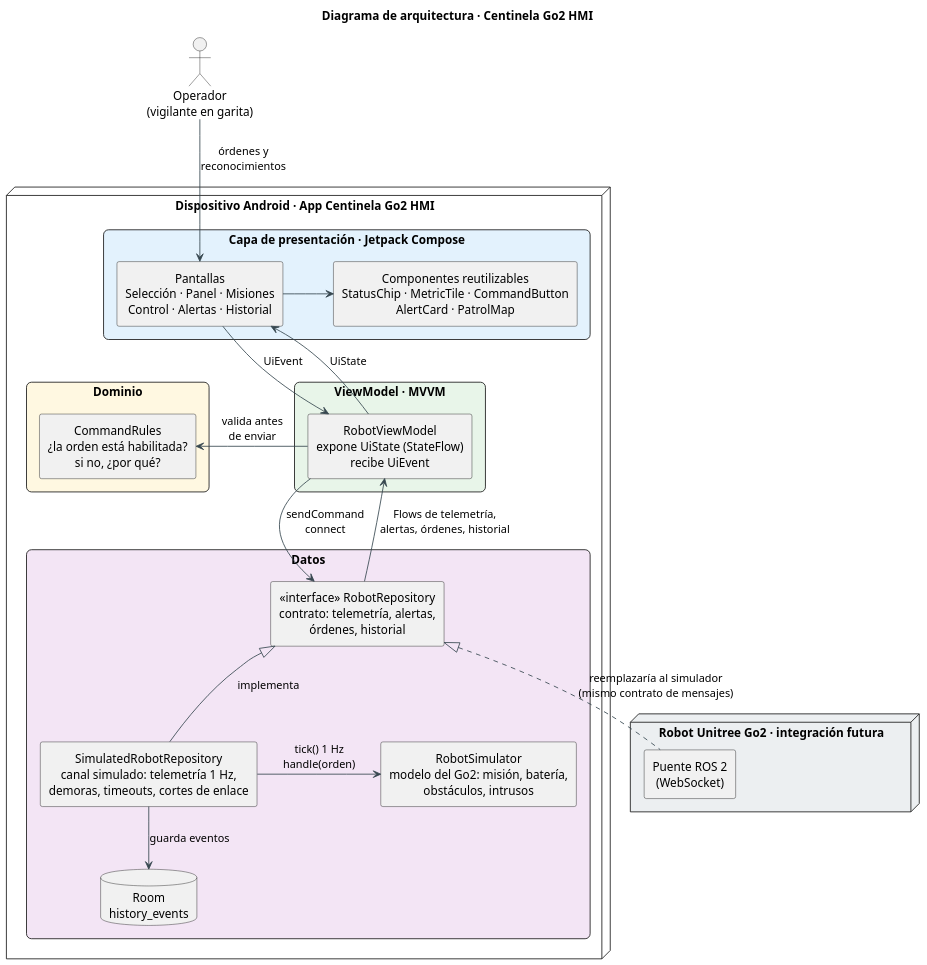
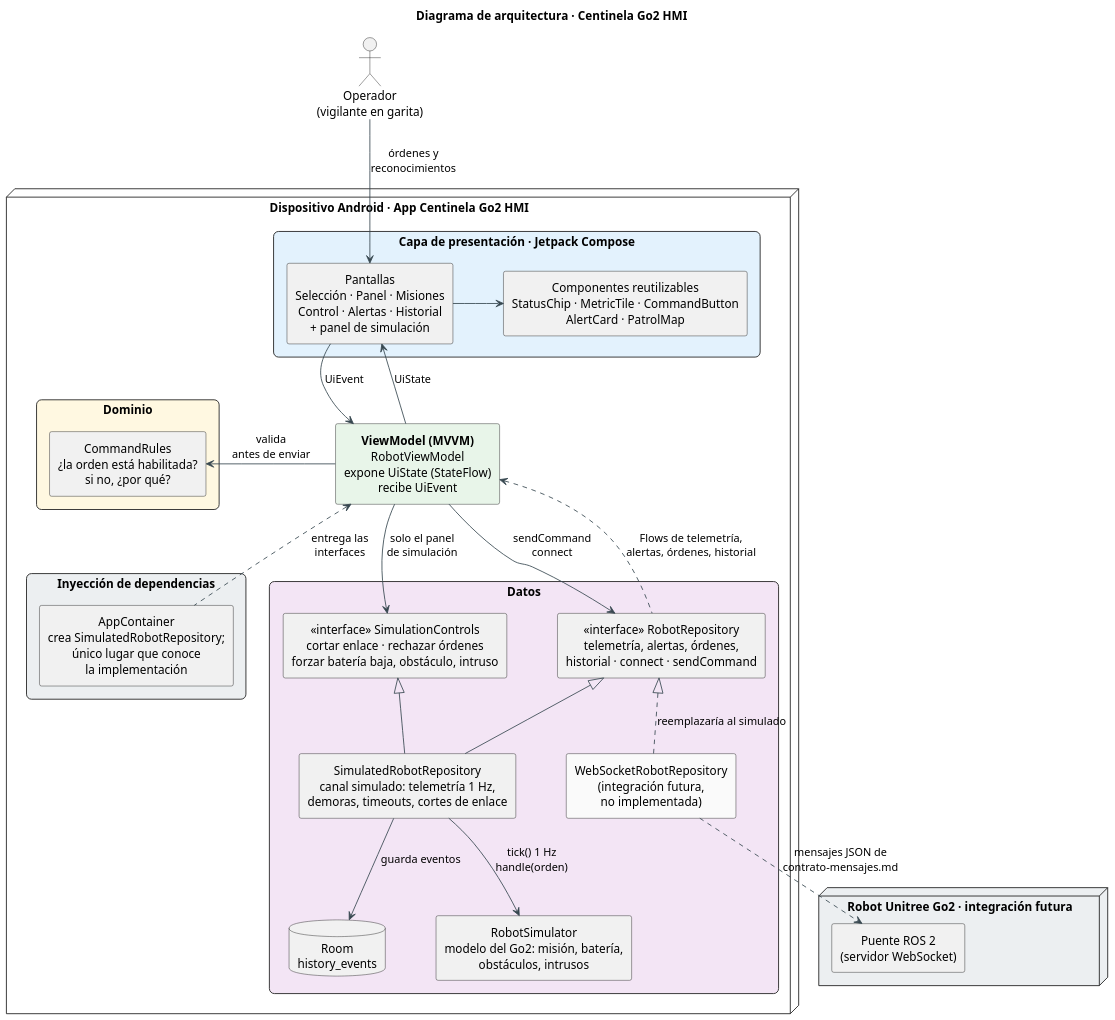
The diagram in docs/diagrama-arquitectura.puml (fieldcheck-uade/robot-hmi-app), drawn with PlantUML before and after one commit. The commit also changed 1 other file, not shown here.

Commit message:
docs(arquitectura): completar el diagrama y corregir la integración futura
- Agrega la interfaz SimulationControls, que el ViewModel usa solo para
  el panel de simulación (decisión 11).
- Agrega AppContainer como el único lugar que conoce la implementación.
- La integración futura es una clase de la app (WebSocketRobotRepository)
  que implementa RobotRepository y habla con el puente ROS 2 del Go2;
  antes el diagrama mostraba al puente implementando la interfaz.
- Reacomoda el layout para que no haya flechas cruzadas ni títulos tapados.

```diff
--- a/docs/diagrama-arquitectura.puml
+++ b/docs/diagrama-arquitectura.puml
@@ -1,56 +1,67 @@
 @startuml diagrama-arquitectura
 skinparam dpi 120
 skinparam shadowing false
 skinparam componentStyle rectangle
 skinparam defaultTextAlignment center
 skinparam ArrowColor #37474F
 skinparam nodesep 60
-skinparam ranksep 55
+skinparam ranksep 60
 skinparam rectangle {
   RoundCorner 12
 }
 
 title Diagrama de arquitectura · Centinela Go2 HMI
 
 actor "Operador\n(vigilante en garita)" as operador
 
 node "Dispositivo Android · App Centinela Go2 HMI" as tablet {
 
   rectangle "Capa de presentación · Jetpack Compose" as ui #E3F2FD {
-    component "Pantallas\nSelección · Panel · Misiones\nControl · Alertas · Historial" as pantallas
+    component "Pantallas\nSelección · Panel · Misiones\nControl · Alertas · Historial\n+ panel de simulación" as pantallas
     component "Componentes reutilizables\nStatusChip · MetricTile · CommandButton\nAlertCard · PatrolMap" as componentes
   }
 
-  rectangle "ViewModel · MVVM" as vmLayer #E8F5E9 {
-    component "RobotViewModel\nexpone UiState (StateFlow)\nrecibe UiEvent" as vm
-  }
+  component "**ViewModel (MVVM)**\nRobotViewModel\nexpone UiState (StateFlow)\nrecibe UiEvent" as vm #E8F5E9
 
   rectangle "Dominio" as domain #FFF8E1 {
     component "CommandRules\n¿la orden está habilitada?\nsi no, ¿por qué?" as rules
   }
 
+  rectangle "Inyección de dependencias" as di #ECEFF1 {
+    component "AppContainer\ncrea SimulatedRobotRepository;\núnico lugar que conoce\nla implementación" as container
+  }
+
   rectangle "Datos" as data #F3E5F5 {
-    component "«interface» RobotRepository\ncontrato: telemetría, alertas,\nórdenes, historial" as repo
+    component "«interface» RobotRepository\ntelemetría, alertas, órdenes,\nhistorial · connect · sendCommand" as repo
+    component "«interface» SimulationControls\ncortar enlace · rechazar órdenes\nforzar batería baja, obstáculo, intruso" as simControls
     component "SimulatedRobotRepository\ncanal simulado: telemetría 1 Hz,\ndemoras, timeouts, cortes de enlace" as simRepo
     component "RobotSimulator\nmodelo del Go2: misión, batería,\nobstáculos, intrusos" as simulator
     database "Room\nhistory_events" as room
+    component "WebSocketRobotRepository\n(integración futura,\nno implementada)" as wsRepo #FAFAFA
   }
 }
 
 node "Robot Unitree Go2 · integración futura" as go2 #ECEFF1 {
-  component "Puente ROS 2\n(WebSocket)" as bridge
+  component "Puente ROS 2\n(servidor WebSocket)" as bridge
 }
 
 operador -down-> pantallas : órdenes y\nreconocimientos
 pantallas -right-> componentes
 pantallas -down-> vm : UiEvent
 vm -up-> pantallas : UiState
-vm -right-> rules : valida antes\nde enviar
+vm -right-> rules : valida\nantes de enviar
 vm -down-> repo : sendCommand\nconnect
-repo -up-> vm : Flows de telemetría,\nalertas, órdenes, historial
-simRepo -up-|> repo : implementa
-simRepo -right-> simulator : tick() 1 Hz\nhandle(orden)
+vm -down-> simControls : solo el panel\nde simulación
+repo .up.> vm : Flows de telemetría,\nalertas, órdenes, historial
+container .up.> vm : entrega las\ninterfaces
+
+simRepo -up-|> repo
+simRepo -up-|> simControls
+simRepo -down-> simulator : tick() 1 Hz\nhandle(orden)
 simRepo -down-> room : guarda eventos
-bridge .up.|> repo : reemplazaría al simulador\n(mismo contrato de mensajes)
+wsRepo -[hidden]right- simRepo
+
+wsRepo .up.|> repo : reemplazaría al simulado
+wsRepo .down.> bridge : mensajes JSON de\ncontrato-mensajes.md
 
 @enduml
```
